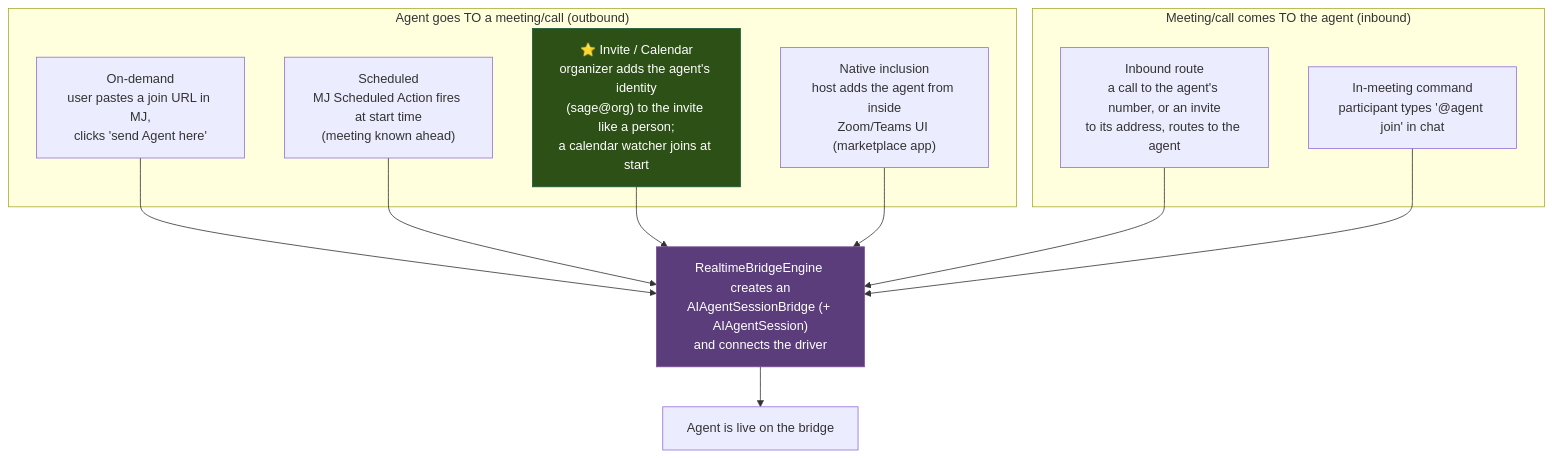
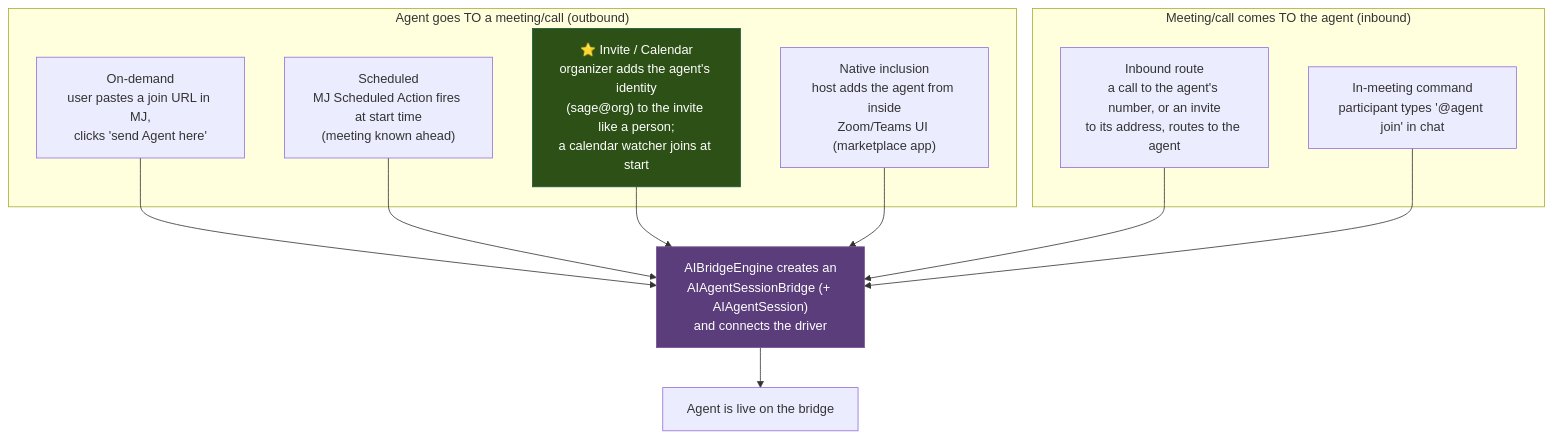
One commit to MemberJunction/MJ changed the eighth of 11 diagrams in plans/realtime/realtime-bridges-architecture.md. Above: the diagram before and after it, drawn with Mermaid. The commit also changed other lines of this file and 1 other file, not shown here.

First line of the commit message:
refactor(realtime-bridges): table + engine names use the AI family prefix

````diff
--- a/plans/realtime/realtime-bridges-architecture.md
+++ b/plans/realtime/realtime-bridges-architecture.md
@@ -522,19 +522,19 @@
 ```mermaid
 flowchart TD
     subgraph Outbound["Agent goes TO a meeting/call (outbound)"]
         OD["On-demand<br/>user pastes a join URL in MJ,<br/>clicks 'send Agent here'"]
         SC["Scheduled<br/>MJ Scheduled Action fires at start time<br/>(meeting known ahead)"]
         INV["⭐ Invite / Calendar<br/>organizer adds the agent's identity<br/>(sage@org) to the invite like a person;<br/>a calendar watcher joins at start"]
         NAT["Native inclusion<br/>host adds the agent from inside<br/>Zoom/Teams UI (marketplace app)"]
     end
     subgraph Inbound["Meeting/call comes TO the agent (inbound)"]
         IR["Inbound route<br/>a call to the agent's number, or an invite<br/>to its address, routes to the agent"]
         IMC["In-meeting command<br/>participant types '@agent join' in chat"]
     end
 
-    OD & SC & INV & NAT & IR & IMC --> BIND["RealtimeBridgeEngine creates an<br/>AIAgentSessionBridge (+ AIAgentSession)<br/>and connects the driver"]
+    OD & SC & INV & NAT & IR & IMC --> BIND["AIBridgeEngine creates an<br/>AIAgentSessionBridge (+ AIAgentSession)<br/>and connects the driver"]
     BIND --> LIVE["Agent is live on the bridge"]
 
     style INV fill:#2d5016,stroke:#1a5c3a,color:#fff
     style BIND fill:#5a3d7a,stroke:#7c5295,color:#fff
 ```
````
